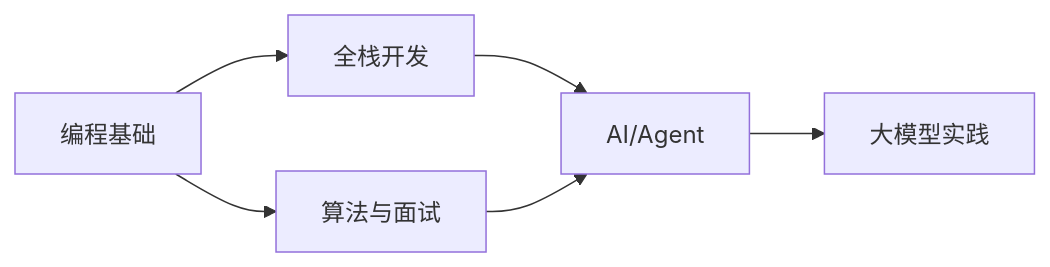
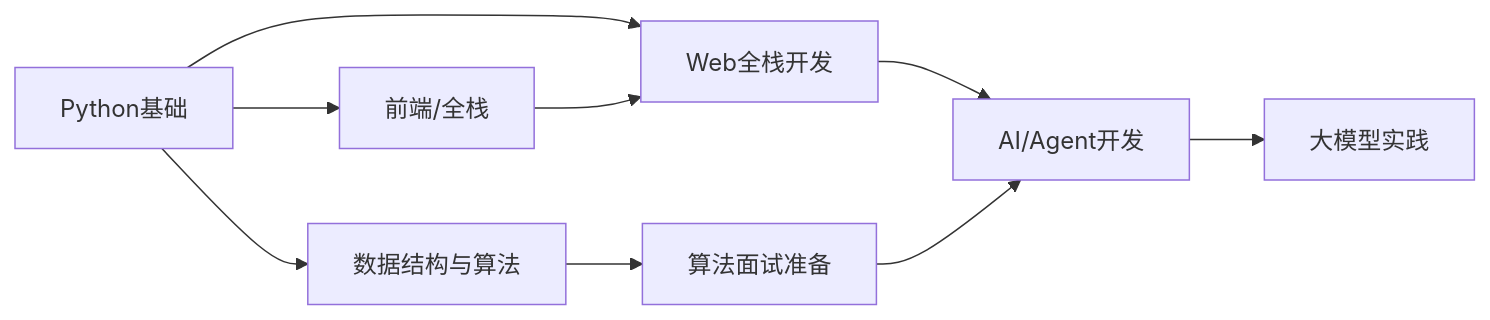
One commit to asdki6/obsidian changed the diagram in stars/learning/index.md. Above: the diagram before and after it, drawn with Mermaid. The commit also changed other lines of this file and 3 other files, not shown here.

````diff
--- a/stars/learning/index.md
+++ b/stars/learning/index.md
@@ -36,8 +61,11 @@
 ```mermaid
 flowchart LR
-    A[编程基础] --> B[全栈开发]
-    A --> C[算法与面试]
-    B --> D[AI/Agent]
-    C --> D
-    D --> E[大模型实践]
+    A[Python基础] --> B[数据结构与算法]
+    A --> C[Web全栈开发]
+    B --> D[算法面试准备]
+    C --> E[AI/Agent开发]
+    D --> E
+    E --> F[大模型实践]
+    A --> G[前端/全栈]
+    G --> C
 ```
````
